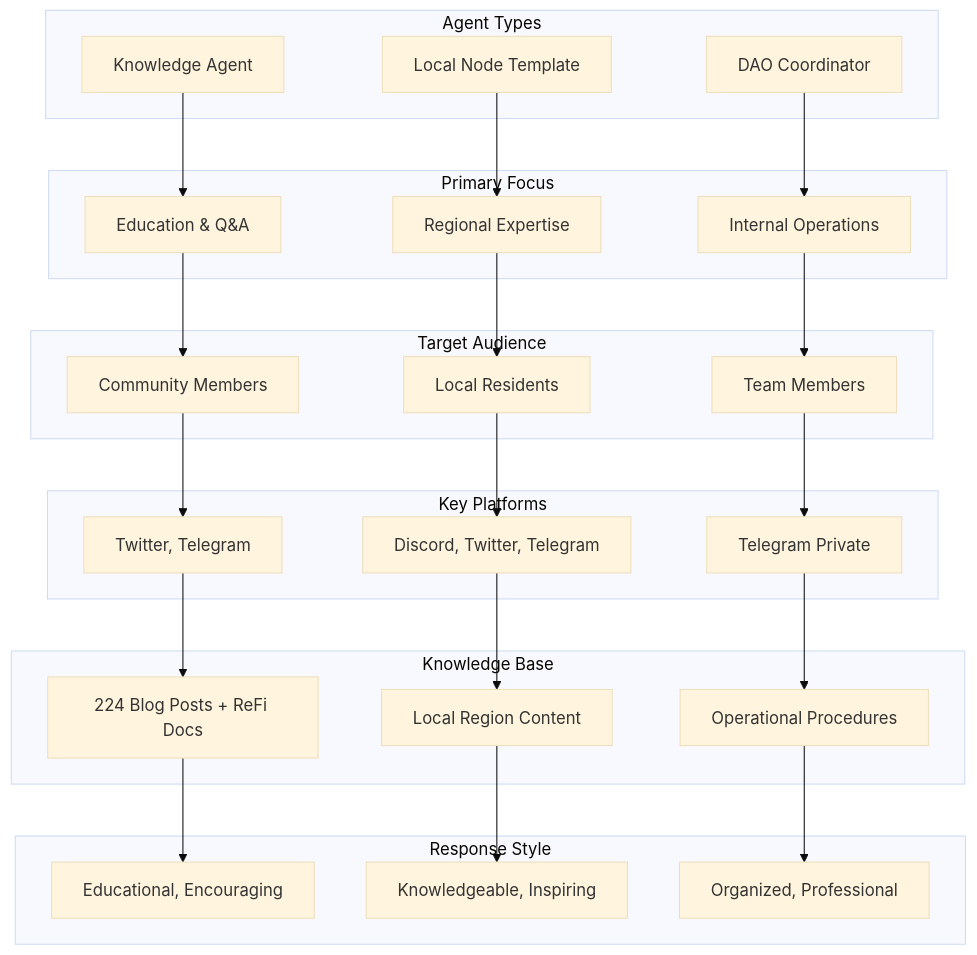
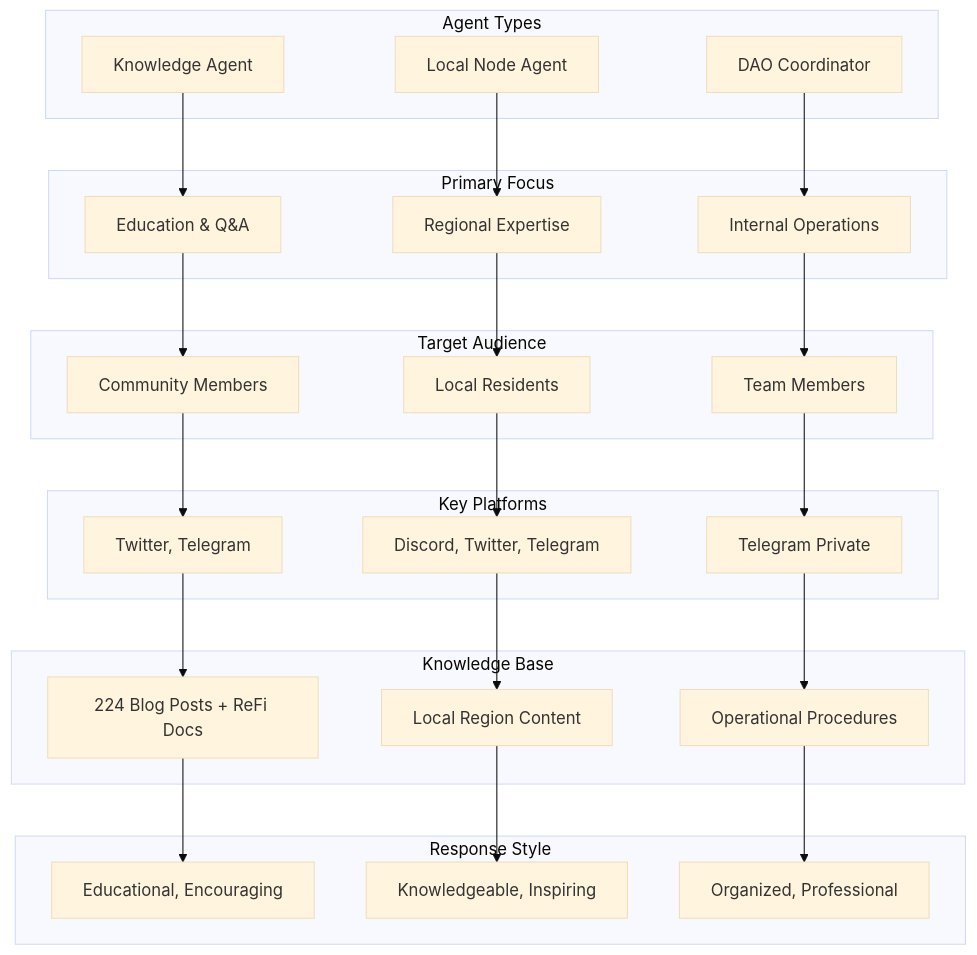
Diagram 11 of 14 in README.md (ReFiDAO/regen_eliza-refi_dao), drawn with Mermaid (base theme) before and after one commit. The commit also changed other lines of this file and 19 other files, not shown here.

First line of the commit message:
feat: Update agent branding to ReF[AI] and split practical capability diagrams

````diff
--- a/README.md
+++ b/README.md
@@ -1076,58 +1301,58 @@
 ```mermaid
 graph TB
     subgraph "Agent Types"
         AT1[Knowledge Agent]
-        AT2[Local Node Template]
+        AT2[Local Node Agent]
         AT3[DAO Coordinator]
     end
     
     subgraph "Primary Focus"
         PF1[Education & Q&A]
         PF2[Regional Expertise]
         PF3[Internal Operations]
     end
     
     subgraph "Target Audience"
         TA1[Community Members]
         TA2[Local Residents]
         TA3[Team Members]
     end
     
     subgraph "Key Platforms"
         KP1[Twitter, Telegram]
         KP2[Discord, Twitter, Telegram]
         KP3[Telegram Private]
     end
     
     subgraph "Knowledge Base"
         KB1[224 Blog Posts + ReFi Docs]
         KB2[Local Region Content]
         KB3[Operational Procedures]
     end
     
     subgraph "Response Style"
         RS1[Educational, Encouraging]
         RS2[Knowledgeable, Inspiring]
         RS3[Organized, Professional]
     end
     
     AT1 --> PF1
     AT2 --> PF2
     AT3 --> PF3
     
     PF1 --> TA1
     PF2 --> TA2
     PF3 --> TA3
     
     TA1 --> KP1
     TA2 --> KP2
     TA3 --> KP3
     
     KP1 --> KB1
     KP2 --> KB2
     KP3 --> KB3
     
     KB1 --> RS1
     KB2 --> RS2
     KB3 --> RS3
 ```
````
